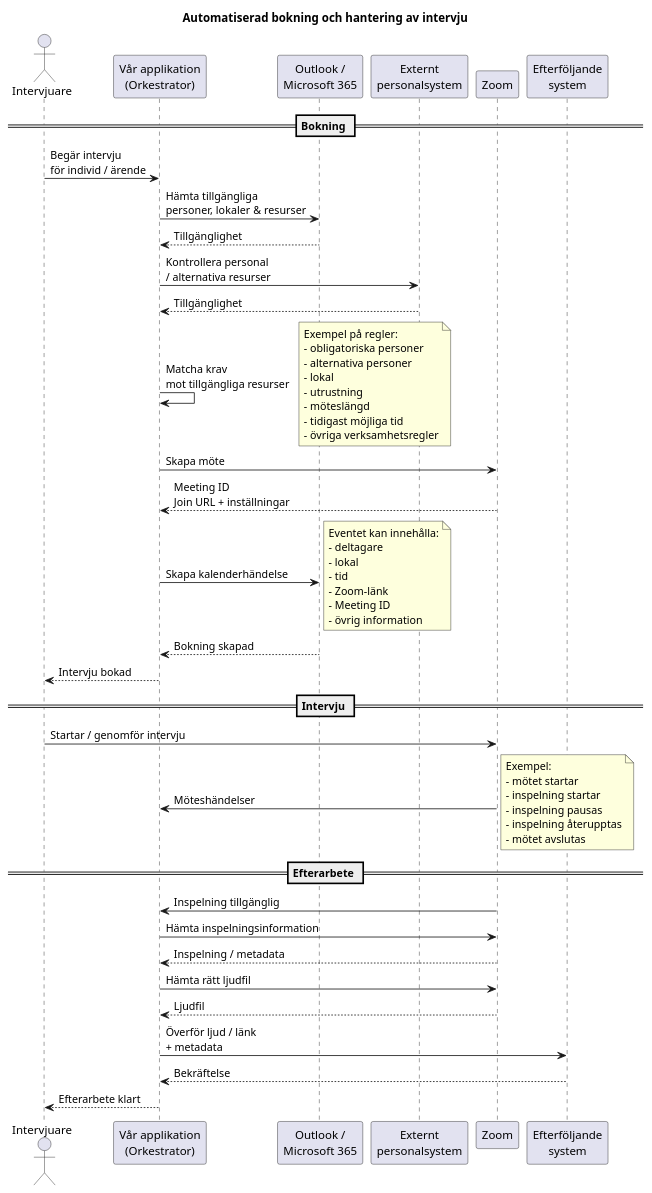
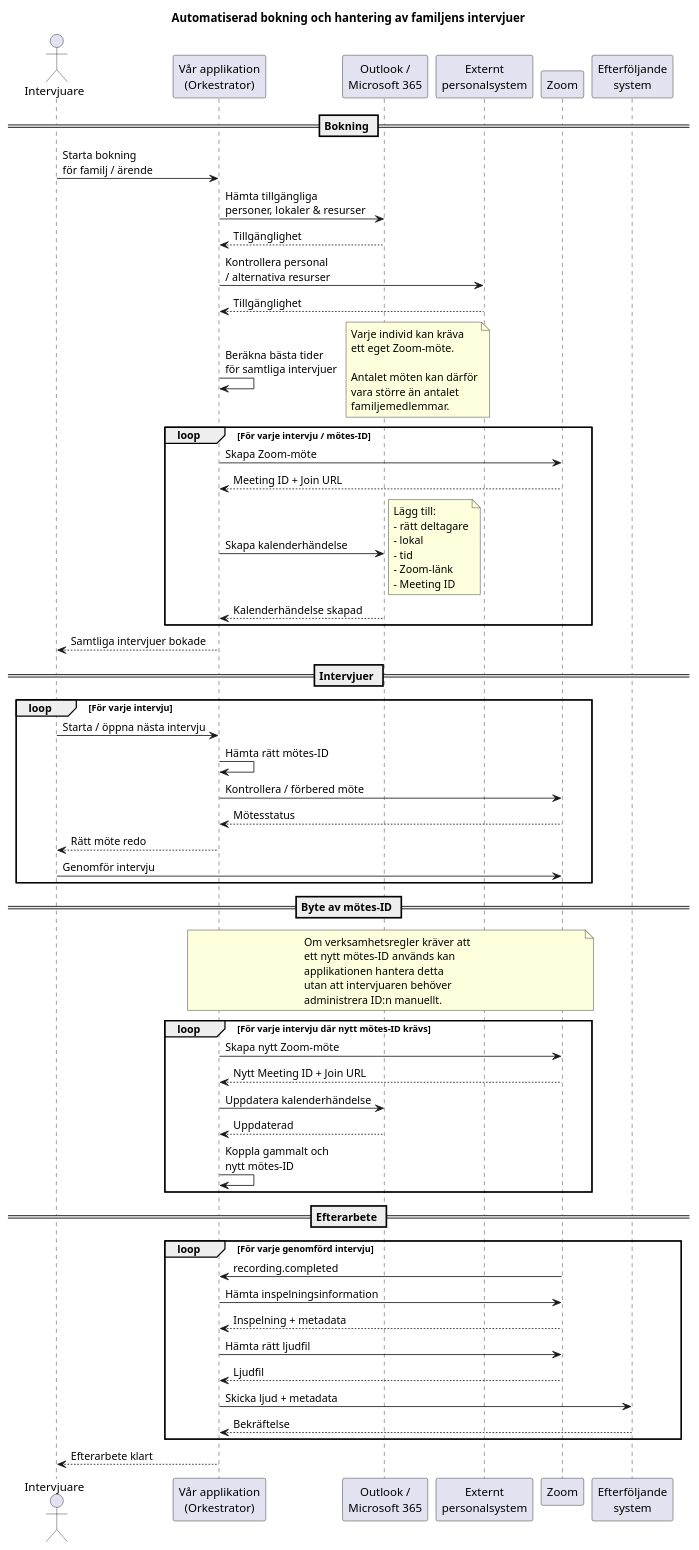
The diagram in others/intervviewer_support_sequence.pu (chrhe894/migration_pact), drawn with PlantUML before and after one commit. The commit also changed 2 other files, not shown here.

Commit message:
better diagrams

```diff
--- a/others/intervviewer_support_sequence.pu
+++ b/others/intervviewer_support_sequence.pu
@@ -1,81 +1,109 @@
 @startuml
-title Automatiserad bokning och hantering av intervju
+title Automatiserad bokning och hantering av familjens intervjuer
 
 actor "Intervjuare" as Interviewer
 participant "Vår applikation\n(Orkestrator)" as App
 participant "Outlook /\nMicrosoft 365" as Outlook
 participant "Externt\npersonalsystem" as Staff
 participant "Zoom" as Zoom
 participant "Efterföljande\nsystem" as Downstream
 
 == Bokning ==
 
-Interviewer -> App : Begär intervju\nför individ / ärende
+Interviewer -> App : Starta bokning\nför familj / ärende
 
 App -> Outlook : Hämta tillgängliga\npersoner, lokaler & resurser
 Outlook --> App : Tillgänglighet
 
 App -> Staff : Kontrollera personal\n/ alternativa resurser
 Staff --> App : Tillgänglighet
 
-App -> App : Matcha krav\nmot tillgängliga resurser
+App -> App : Beräkna bästa tider\nför samtliga intervjuer
 
 note right
-  Exempel på regler:
-  - obligatoriska personer
-  - alternativa personer
-  - lokal
-  - utrustning
-  - möteslängd
-  - tidigast möjliga tid
-  - övriga verksamhetsregler
+  Varje individ kan kräva
+  ett eget Zoom-möte.
+
+  Antalet möten kan därför
+  vara större än antalet
+  familjemedlemmar.
 end note
 
-App -> Zoom : Skapa möte
-Zoom --> App : Meeting ID\nJoin URL + inställningar
+loop För varje intervju / mötes-ID
+    App -> Zoom : Skapa Zoom-möte
+    Zoom --> App : Meeting ID + Join URL
 
-App -> Outlook : Skapa kalenderhändelse
-note right
-  Eventet kan innehålla:
-  - deltagare
-  - lokal
-  - tid
-  - Zoom-länk
-  - Meeting ID
-  - övrig information
+    App -> Outlook : Skapa kalenderhändelse
+    note right
+        Lägg till:
+        - rätt deltagare
+        - lokal
+        - tid
+        - Zoom-länk
+        - Meeting ID
+    end note
+
+    Outlook --> App : Kalenderhändelse skapad
+end
+
+App --> Interviewer : Samtliga intervjuer bokade
+
+== Intervjuer ==
+
+loop För varje intervju
+
+    Interviewer -> App : Starta / öppna nästa intervju
+
+    App -> App : Hämta rätt mötes-ID
+
+    App -> Zoom : Kontrollera / förbered möte
+    Zoom --> App : Mötesstatus
+
+    App --> Interviewer : Rätt möte redo
+
+    Interviewer -> Zoom : Genomför intervju
+
+end
+
+== Byte av mötes-ID ==
+
+note over App,Zoom
+  Om verksamhetsregler kräver att
+  ett nytt mötes-ID används kan
+  applikationen hantera detta
+  utan att intervjuaren behöver
+  administrera ID:n manuellt.
 end note
-Outlook --> App : Bokning skapad
 
-App --> Interviewer : Intervju bokad
+loop För varje intervju där nytt mötes-ID krävs
 
-== Intervju ==
+    App -> Zoom : Skapa nytt Zoom-möte
+    Zoom --> App : Nytt Meeting ID + Join URL
 
-Interviewer -> Zoom : Startar / genomför intervju
+    App -> Outlook : Uppdatera kalenderhändelse
+    Outlook --> App : Uppdaterad
 
-Zoom -> App : Möteshändelser
-note right
-  Exempel:
-  - mötet startar
-  - inspelning startar
-  - inspelning pausas
-  - inspelning återupptas
-  - mötet avslutas
-end note
+    App -> App : Koppla gammalt och\nnytt mötes-ID
+
+end
 
 == Efterarbete ==
 
-Zoom -> App : Inspelning tillgänglig
+loop För varje genomförd intervju
 
-App -> Zoom : Hämta inspelningsinformation
-Zoom --> App : Inspelning / metadata
+    Zoom -> App : recording.completed
 
-App -> Zoom : Hämta rätt ljudfil
-Zoom --> App : Ljudfil
+    App -> Zoom : Hämta inspelningsinformation
+    Zoom --> App : Inspelning + metadata
 
-App -> Downstream : Överför ljud / länk\n+ metadata
+    App -> Zoom : Hämta rätt ljudfil
+    Zoom --> App : Ljudfil
 
-Downstream --> App : Bekräftelse
+    App -> Downstream : Skicka ljud + metadata
+    Downstream --> App : Bekräftelse
+
+end
 
 App --> Interviewer : Efterarbete klart
 
 @enduml
```
